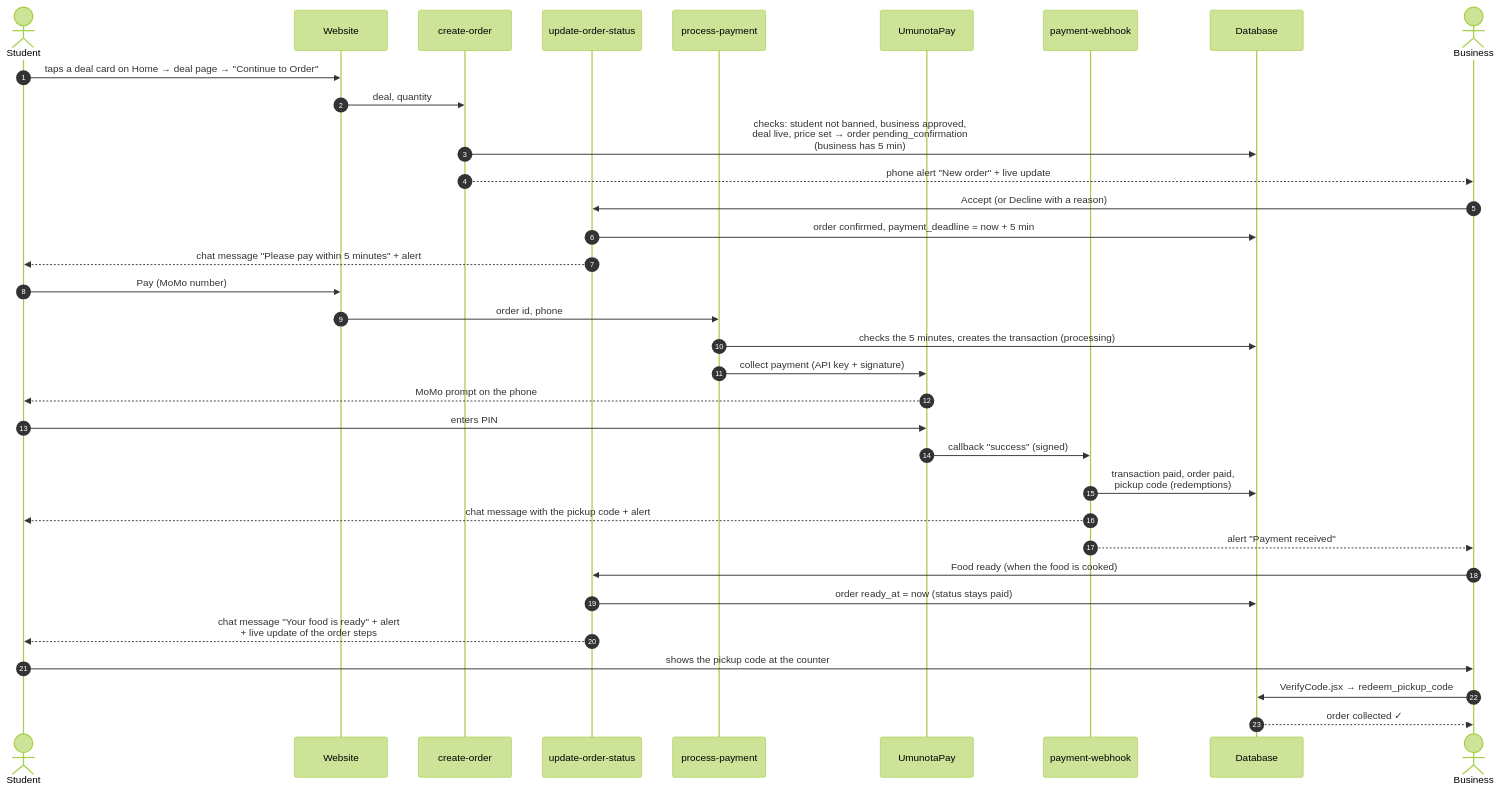
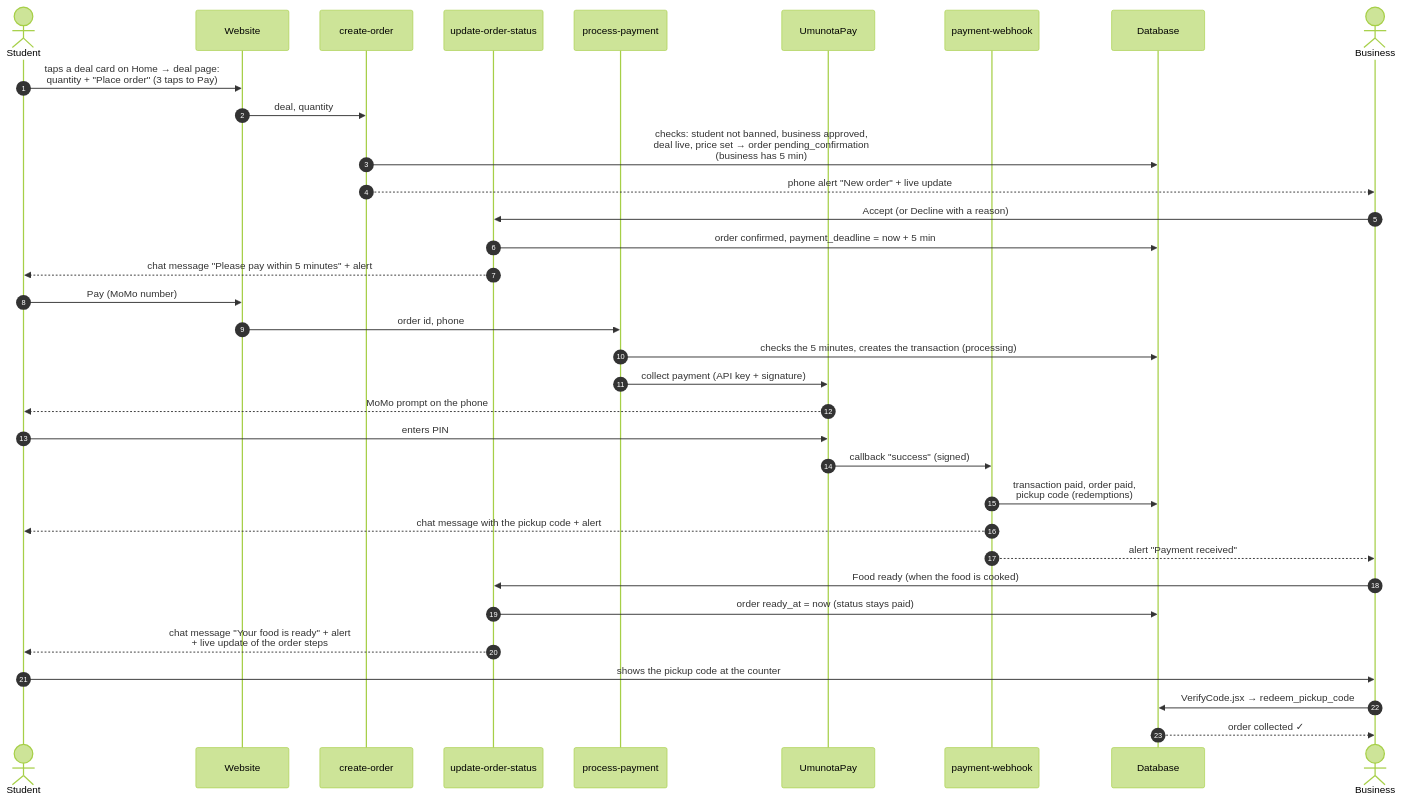
One commit to tangaza360-max/unipicks changed the third of 9 diagrams in docs/architecture/03-journeys.md. Above: the diagram before and after it, drawn with Mermaid (forest theme). The commit also changed 11 other files, not shown here.

First line of the commit message:
feat(orders): order in 3 taps — deal, Place order, Pay

````diff
--- a/docs/architecture/03-journeys.md
+++ b/docs/architecture/03-journeys.md
@@ -67,37 +67,37 @@
 ```mermaid
 sequenceDiagram
   autonumber
   actor S as Student
   participant W as Website
   participant CO as create-order
   participant US as update-order-status
   participant PP as process-payment
   participant UP as UmunotaPay
   participant WH as payment-webhook
   participant DB as Database
   actor B as Business
 
-  S->>W: taps a deal card on Home → deal page → "Continue to Order"
+  S->>W: taps a deal card on Home → deal page:<br/>quantity + "Place order" (3 taps to Pay)
   W->>CO: deal, quantity
   CO->>DB: checks: student not banned, business approved,<br/>deal live, price set → order pending_confirmation<br/>(business has 5 min)
   CO-->>B: phone alert "New order" + live update
   B->>US: Accept (or Decline with a reason)
   US->>DB: order confirmed, payment_deadline = now + 5 min
   US-->>S: chat message "Please pay within 5 minutes" + alert
   S->>W: Pay (MoMo number)
   W->>PP: order id, phone
   PP->>DB: checks the 5 minutes, creates the transaction (processing)
   PP->>UP: collect payment (API key + signature)
   UP-->>S: MoMo prompt on the phone
   S->>UP: enters PIN
   UP->>WH: callback "success" (signed)
   WH->>DB: transaction paid, order paid,<br/>pickup code (redemptions)
   WH-->>S: chat message with the pickup code + alert
   WH-->>B: alert "Payment received"
   B->>US: Food ready (when the food is cooked)
   US->>DB: order ready_at = now (status stays paid)
   US-->>S: chat message "Your food is ready" + alert<br/>+ live update of the order steps
   S->>B: shows the pickup code at the counter
   B->>DB: VerifyCode.jsx → redeem_pickup_code
   DB-->>B: order collected ✓
 ```
````
